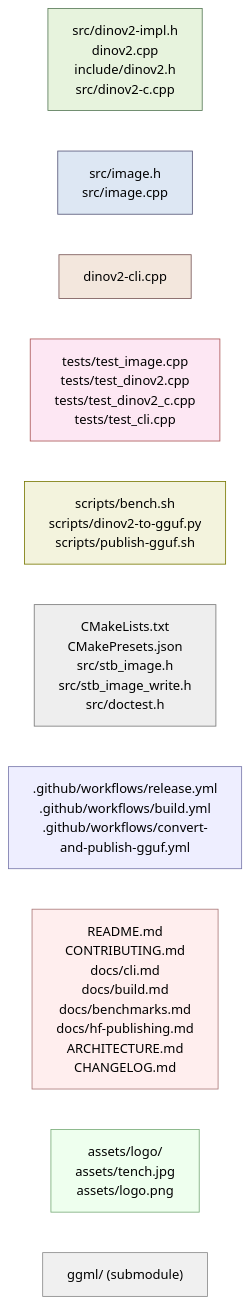
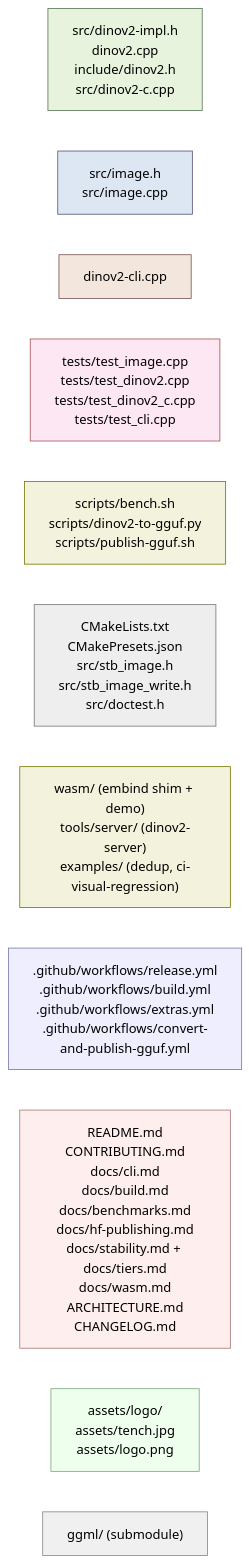
The second of 4 diagrams in ARCHITECTURE.md (espetro/dinov2.cpp), drawn with Mermaid before and after one commit. The commit also changed other lines of this file and 2 other files, not shown here.

First line of the commit message:
docs: point architecture and readme at tier-2 surfaces

````diff
--- a/ARCHITECTURE.md
+++ b/ARCHITECTURE.md
@@ -61,35 +68,37 @@
 ```mermaid
 graph LR
     classDef core  fill:#e7f3dd,stroke:#575,color:#000;
     classDef lib   fill:#dde7f3,stroke:#557,color:#000;
     classDef cli   fill:#f3e7dd,stroke:#755,color:#000;
     classDef test  fill:#fde7f3,stroke:#a55,color:#000;
     classDef tool  fill:#f3f3dd,stroke:#770,color:#000;
     classDef build fill:#eee,stroke:#777,color:#000;
     classDef ci    fill:#eef,stroke:#77a,color:#000;
     classDef doc   fill:#fee,stroke:#a77,color:#000;
     classDef asset fill:#efe,stroke:#7a7,color:#000;
     classDef sub   fill:#f0f0f0,stroke:#888,color:#000;
 
     Core["src/dinov2-impl.h<br/>dinov2.cpp<br/>include/dinov2.h<br/>src/dinov2-c.cpp"]
     Lib["src/image.h<br/>src/image.cpp"]
     CLI["dinov2-cli.cpp"]
     Test["tests/test_image.cpp<br/>tests/test_dinov2.cpp<br/>tests/test_dinov2_c.cpp<br/>tests/test_cli.cpp"]
     Tool["scripts/bench.sh<br/>scripts/dinov2-to-gguf.py<br/>scripts/publish-gguf.sh"]
     Build["CMakeLists.txt<br/>CMakePresets.json<br/>src/stb_image.h<br/>src/stb_image_write.h<br/>src/doctest.h"]
-    CI[".github/workflows/release.yml<br/>.github/workflows/build.yml<br/>.github/workflows/convert-and-publish-gguf.yml"]
-    Doc["README.md<br/>CONTRIBUTING.md<br/>docs/cli.md<br/>docs/build.md<br/>docs/benchmarks.md<br/>docs/hf-publishing.md<br/>ARCHITECTURE.md<br/>CHANGELOG.md"]
+    Tier2["wasm/ (embind shim + demo)<br/>tools/server/ (dinov2-server)<br/>examples/ (dedup, ci-visual-regression)"]
+    CI[".github/workflows/release.yml<br/>.github/workflows/build.yml<br/>.github/workflows/extras.yml<br/>.github/workflows/convert-and-publish-gguf.yml"]
+    Doc["README.md<br/>CONTRIBUTING.md<br/>docs/cli.md<br/>docs/build.md<br/>docs/benchmarks.md<br/>docs/hf-publishing.md<br/>docs/stability.md + docs/tiers.md<br/>docs/wasm.md<br/>ARCHITECTURE.md<br/>CHANGELOG.md"]
     Asset["assets/logo/<br/>assets/tench.jpg<br/>assets/logo.png"]
     Sub["ggml/ (submodule)"]
 
     class Core core
     class Lib lib
     class CLI cli
     class Test test
     class Tool tool
+    class Tier2 tool
     class Build build
     class CI ci
     class Doc doc
     class Asset asset
     class Sub sub
 ```
````
